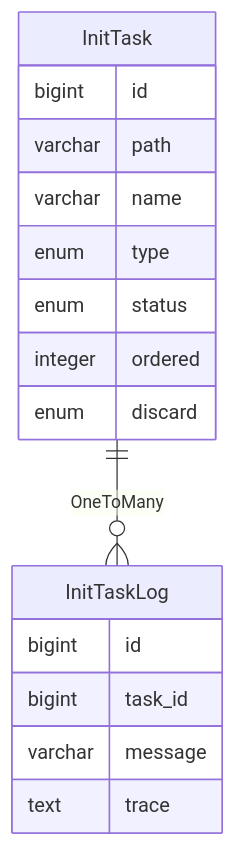
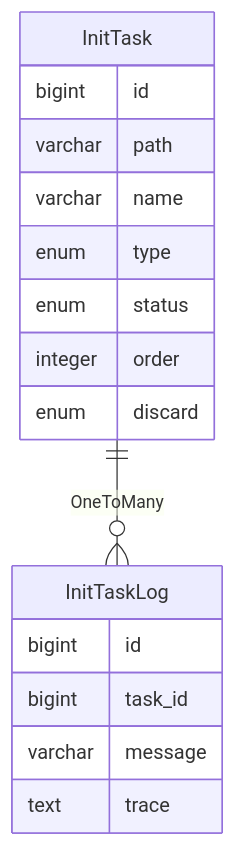
The diagram in docs/1.develop/1.3.init.md (mrzhqiang/rowing), drawn with Mermaid before and after one commit. The commit also changed other lines of this file and 223 other files, not shown here.

````diff
--- a/docs/1.develop/1.3.init.md
+++ b/docs/1.develop/1.3.init.md
@@ -25,19 +25,19 @@
 ```mermaid
 erDiagram
     InitTask ||--o{ InitTaskLog : OneToMany
     InitTask {
         bigint id
         varchar path
         varchar name
         enum type
         enum status
-        integer ordered
+        integer order
         enum discard
     }
     InitTaskLog {
         bigint id
         bigint task_id
         varchar message
         text trace
     }
 ```
````
